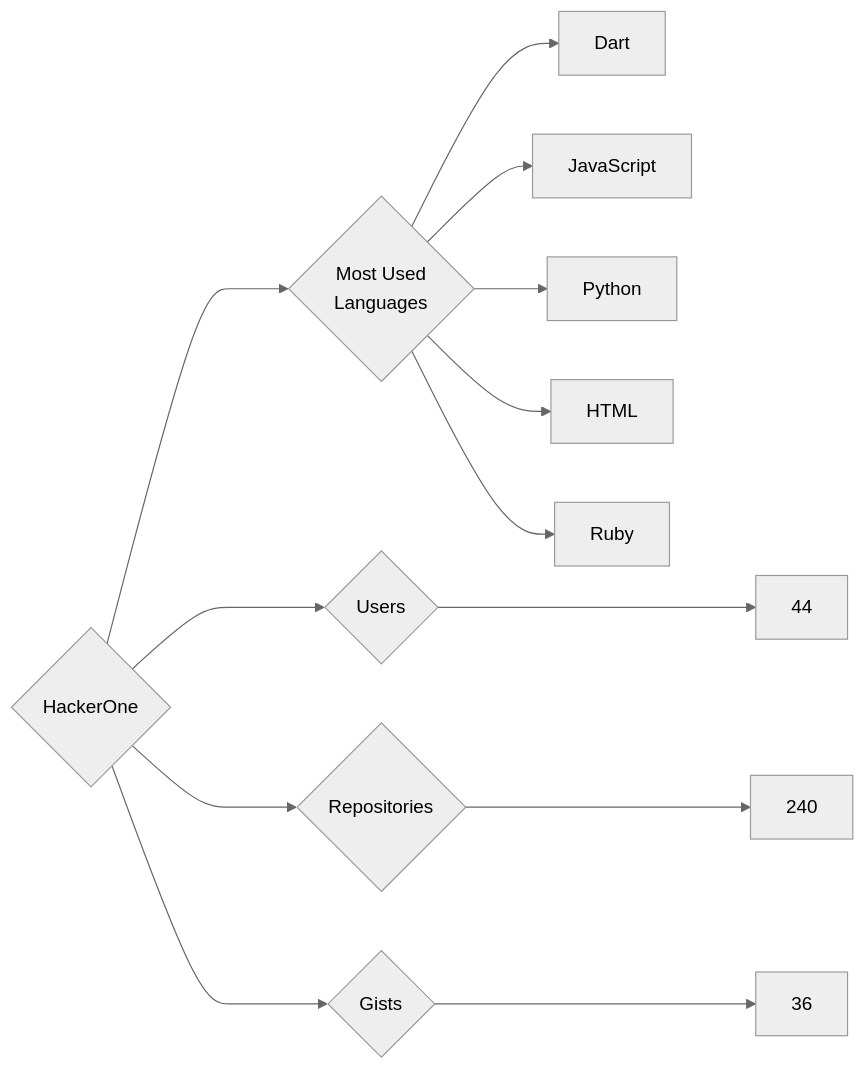
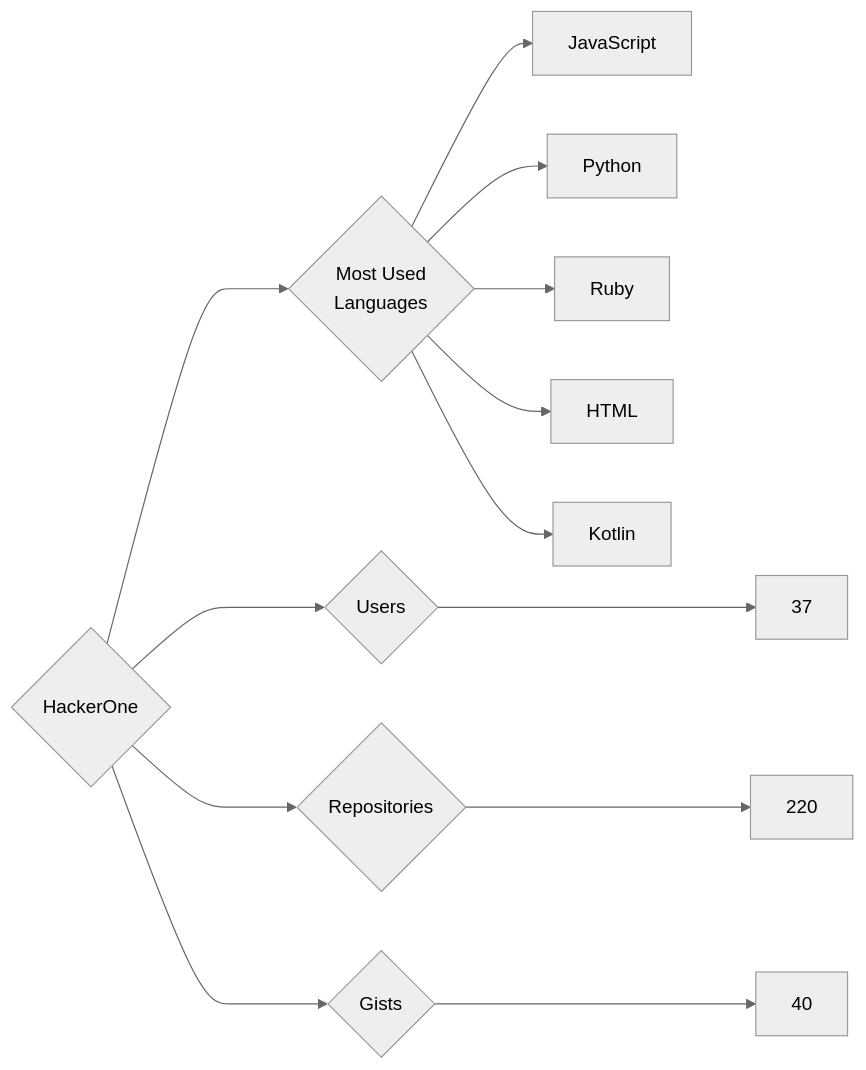
Before and after one commit to trickest/insiders: the diagram in targets/HackerOne/README.md, drawn with Mermaid (neutral theme). The commit also changed 927 other files, not shown here.

````diff
--- a/targets/HackerOne/README.md
+++ b/targets/HackerOne/README.md
@@ -3,13 +3,13 @@
 ```mermaid
 graph LR
 COMPANY_NAME{HackerOne}
-COMPANY_NAME ---> U{Users} ---> UN[44]
-COMPANY_NAME ---> R{Repositories} ---> RN[240]
-COMPANY_NAME ---> G{Gists} ---> GN[36]
+COMPANY_NAME ---> U{Users} ---> UN[37]
+COMPANY_NAME ---> R{Repositories} ---> RN[220]
+COMPANY_NAME ---> G{Gists} ---> GN[40]
 COMPANY_NAME ---> ML{Most Used<br>Languages}
-ML --> Dart[Dart]
 ML --> JavaScript[JavaScript]
 ML --> Python[Python]
+ML --> Ruby[Ruby]
 ML --> HTML[HTML]
-ML --> Ruby[Ruby]
+ML --> Kotlin[Kotlin]
 ```
````
